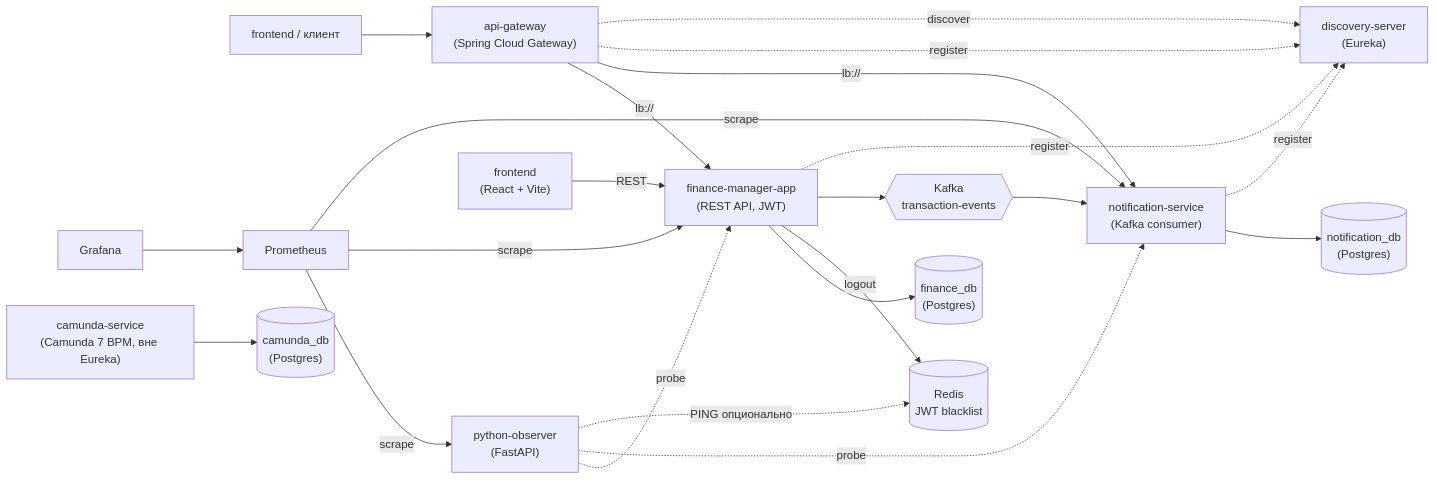
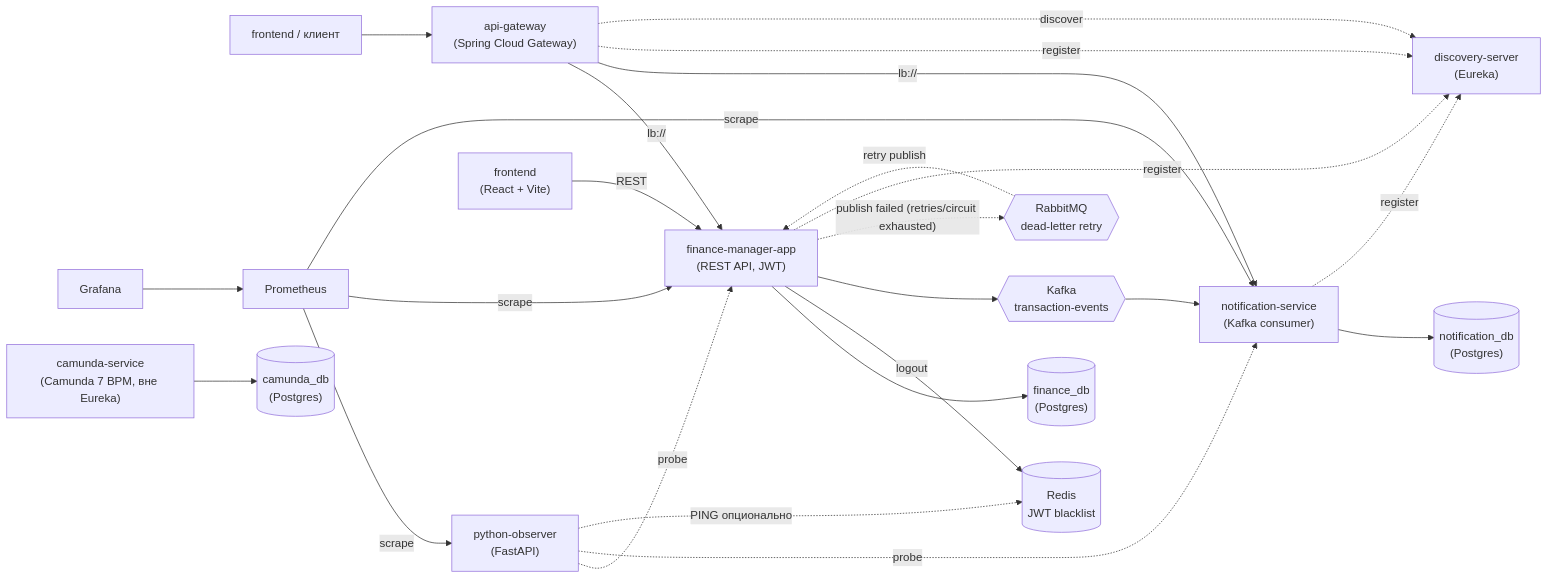
The diagram in README.md (Korteng/finance-manager), drawn with Mermaid before and after one commit. The commit also changed other lines of this file, not shown here.

Commit message:
docs: RabbitMQ dead-letter retry, updated stack and quick start

````diff
--- a/README.md
+++ b/README.md
@@ -7,30 +7,32 @@
 ```mermaid
 flowchart LR
     CLIENT["frontend / клиент"] --> GW["api-gateway<br/>(Spring Cloud Gateway)"]
     GW -- "lb://" --> APP["finance-manager-app<br/>(REST API, JWT)"]
     GW -- "lb://" --> NOTIF["notification-service<br/>(Kafka consumer)"]
 
     GRAF["Grafana"] --> PROM["Prometheus"]
     PROM -- "scrape" --> OBS["python-observer<br/>(FastAPI)"]
     PROM -- "scrape" --> APP
     PROM -- "scrape" --> NOTIF
 
     FE["frontend<br/>(React + Vite)"] -- "REST" --> APP
 
     OBS -. "probe" .-> APP
     OBS -. "probe" .-> NOTIF
     OBS -. "PING опционально" .-> REDIS[("Redis<br/>JWT blacklist")]
 
     APP --> DB1[("finance_db<br/>(Postgres)")]
     APP -- "logout" --> REDIS
     APP --> KAFKA{{"Kafka<br/>transaction-events"}}
     KAFKA --> NOTIF
+    APP -. "publish failed (retries/circuit exhausted)" .-> RABBIT{{"RabbitMQ<br/>dead-letter retry"}}
+    RABBIT -. "retry publish" .-> APP
     NOTIF --> DB2[("notification_db<br/>(Postgres)")]
 
     APP -. "register" .-> DISC["discovery-server<br/>(Eureka)"]
     NOTIF -. "register" .-> DISC
     GW -. "register" .-> DISC
     GW -. "discover" .-> DISC
 
     CAMUNDA["camunda-service<br/>(Camunda 7 BPM, вне Eureka)"] --> DB3[("camunda_db<br/>(Postgres)")]
 ```
````
